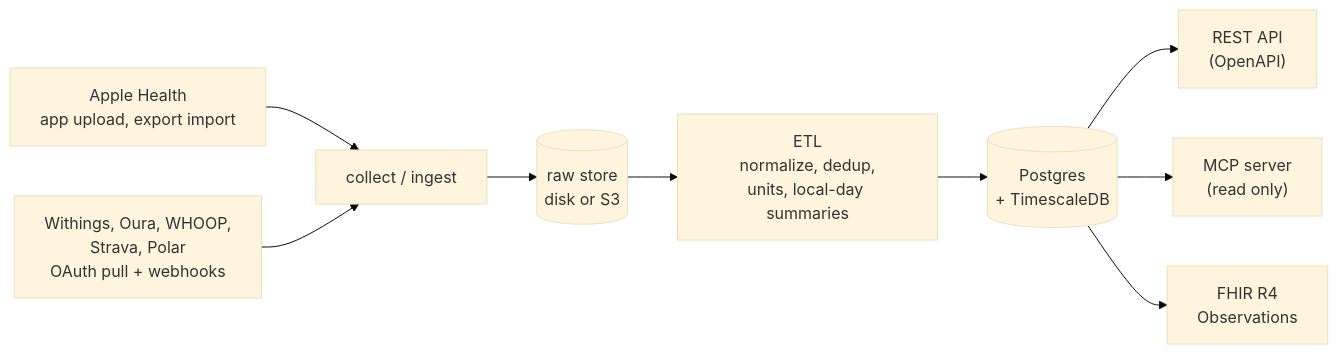
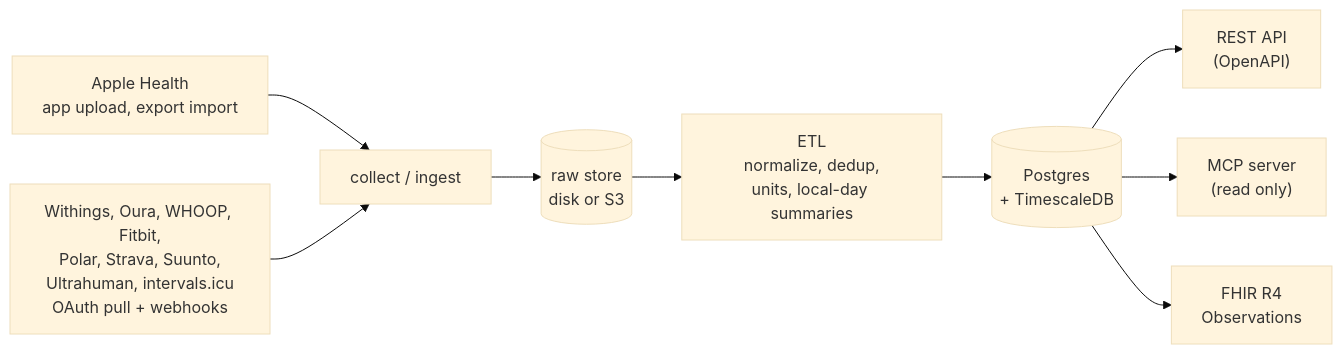
One commit to soma-intelligence/open-health-sync changed the diagram in README.md. Above: the diagram before and after it, drawn with Mermaid (base theme). The commit also changed other lines of this file and 2 other files, not shown here.

````diff
--- a/README.md
+++ b/README.md
@@ -316,11 +319,11 @@
 ```mermaid
 flowchart LR
   AH["Apple Health<br/>app upload, export import"] --> C
-  CL["Withings, Oura, WHOOP,<br/>Strava, Polar<br/>OAuth pull + webhooks"] --> C
+  CL["Withings, Oura, WHOOP, Fitbit,<br/>Polar, Strava, Suunto,<br/>Ultrahuman, intervals.icu<br/>OAuth pull + webhooks"] --> C
   C["collect / ingest"] --> R[("raw store<br/>disk or S3")]
   R --> E["ETL<br/>normalize, dedup,<br/>units, local-day summaries"]
   E --> P[("Postgres<br/>+ TimescaleDB")]
   P --> API["REST API<br/>(OpenAPI)"]
   P --> MCP["MCP server<br/>(read only)"]
   P --> FHIR["FHIR R4<br/>Observations"]
 ```
````
